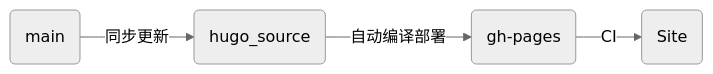
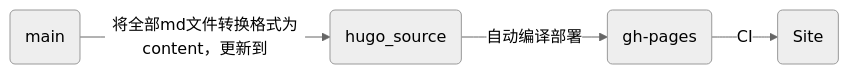
Before and after one commit to SWHL/CV-Competition-Collections: the diagram in README.md, drawn with Mermaid (neutral theme).

````diff
--- a/README.md
+++ b/README.md
@@ -26,4 +26,4 @@
     ```mermaid
     flowchart LR
-        A(main) --同步更新--> B(hugo_source) --自动编译部署--> C(gh-pages) --CI--> D(Site)
+        A(main) --将全部md文件转换格式为content，更新到--> B(hugo_source) --自动编译部署--> C(gh-pages) --CI--> D(Site)
     ```
````
